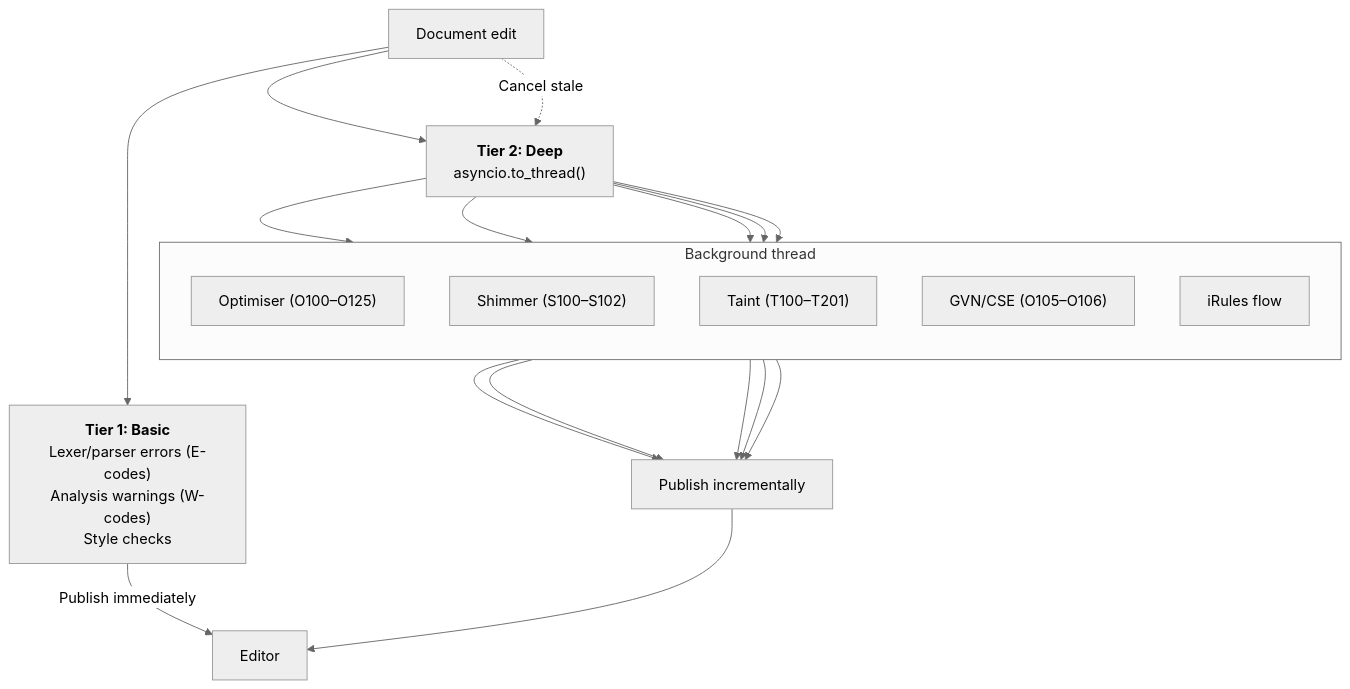
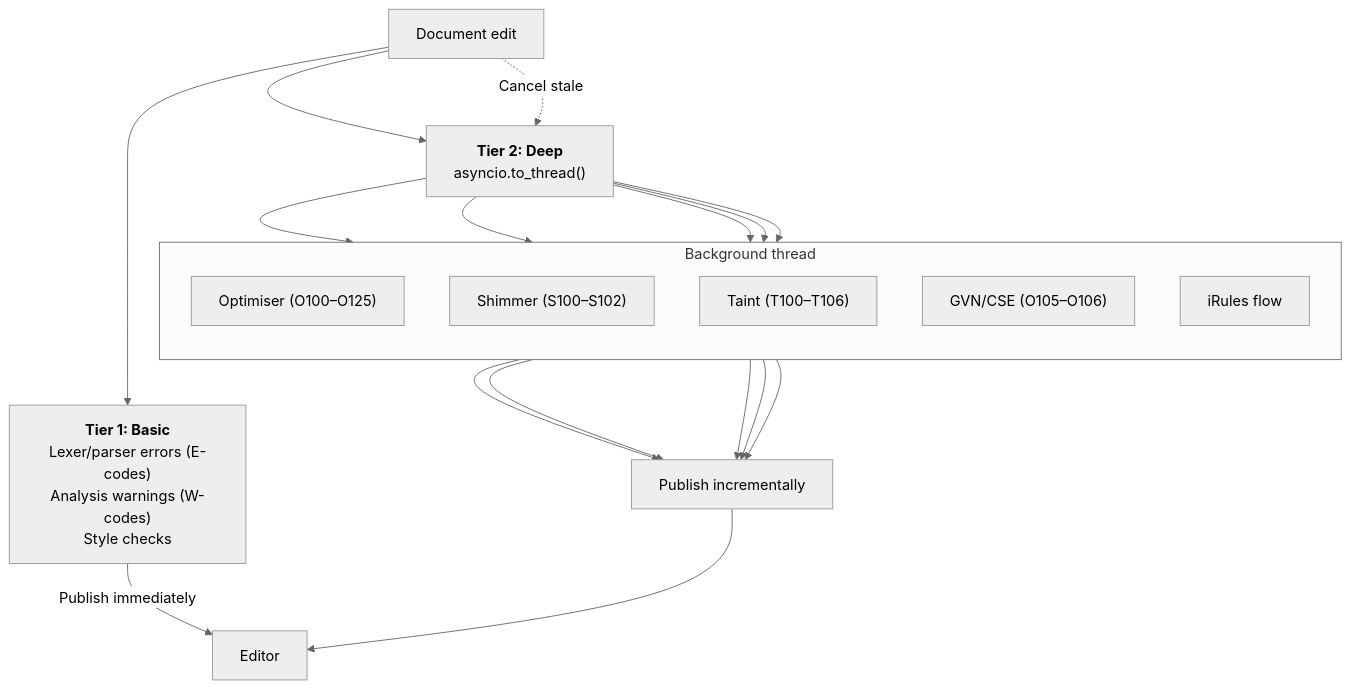
One commit to bitwisecook/tcl-lsp changed diagram 19 of 20 in docs/compiler-architecture.md. Above: the diagram before and after it, drawn with Mermaid (neutral theme). The commit also changed other lines of this file and 26 other files, not shown here.

````diff
--- a/docs/compiler-architecture.md
+++ b/docs/compiler-architecture.md
@@ -662,31 +662,31 @@
 ```mermaid
 flowchart TD
     EDIT["Document edit"] --> BASIC["<b>Tier 1: Basic</b><br/>Lexer/parser errors (E-codes)<br/>Analysis warnings (W-codes)<br/>Style checks"]
     BASIC -->|"Publish immediately"| ED["Editor"]
 
     EDIT --> DEEP["<b>Tier 2: Deep</b><br/>asyncio.to_thread()"]
 
     subgraph "Background thread"
         direction TB
         OPT["Optimiser (O100–O125)"]
         SHIM["Shimmer (S100–S102)"]
-        TAINT["Taint (T100–T201)"]
+        TAINT["Taint (T100–T106)"]
         GVN["GVN/CSE (O105–O106)"]
         IFLOW["iRules flow"]
     end
 
     DEEP --> OPT
     DEEP --> SHIM
     DEEP --> TAINT
     DEEP --> GVN
     DEEP --> IFLOW
 
     OPT --> PUB["Publish incrementally"]
     SHIM --> PUB
     TAINT --> PUB
     GVN --> PUB
     IFLOW --> PUB
     PUB --> ED
 
     EDIT -.->|"Cancel stale"| DEEP
 ```
````
